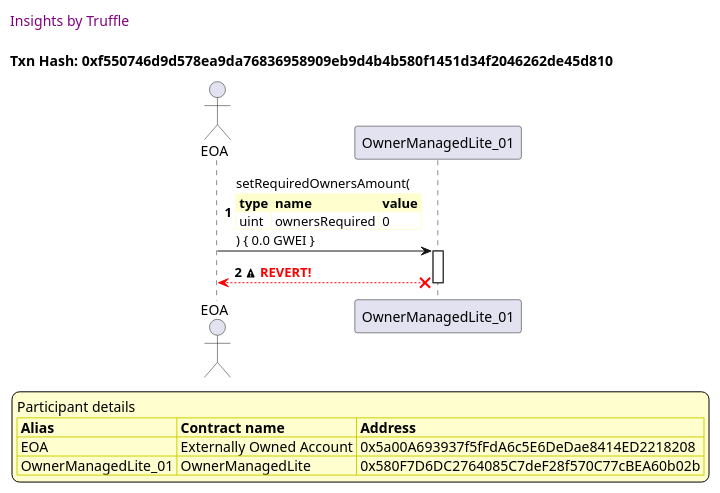
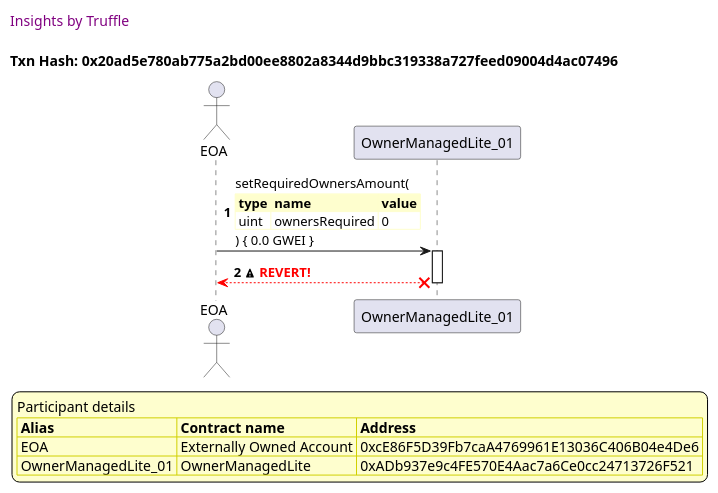
One commit to thedarkjester/ConsensysAssignment changed the ninth of 28 diagrams in truffle-seq/OwnerManagedLite_test_required_owners_amount.md. Above: the diagram before and after it, drawn with PlantUML. The commit also changed other lines of this file and 13 other files, not shown here.

````diff
--- a/truffle-seq/OwnerManagedLite_test_required_owners_amount.md
+++ b/truffle-seq/OwnerManagedLite_test_required_owners_amount.md
@@ -389,41 +389,41 @@
 ```plantuml
 
 
 @startuml
 
 autonumber
 skinparam legendBackgroundColor #FEFECE
 
 <style>
       header {
         HorizontalAlignment left
         FontColor purple
         FontSize 14
         Padding 10
       }
     </style>
 
 header Insights by Truffle
 
-title Txn Hash: 0xf550746d9d578ea9da76836958909eb9d4b4b580f1451d34f2046262de45d810
+title Txn Hash: 0x20ad5e780ab775a2bd00ee8802a8344d9bbc319338a727feed09004d4ac07496
 
 
 actor EOA as "EOA"
 participant OwnerManagedLite_01 as "OwnerManagedLite_01"
 
 "EOA" -> "OwnerManagedLite_01" ++: setRequiredOwnersAmount(\n\
 <#FEFECE,#FEFECE>|= type |= name |= value |\n\
 | uint | ownersRequired | 0 |\n\
 ) { 0.0 GWEI }
 "OwnerManagedLite_01" x-[#red]-> "EOA" --: <&warning> <color #red>**REVERT!**</color>
 deactivate "OwnerManagedLite_01"
 
 legend
 Participant details
 <#FEFECE,#D0D000>|= Alias |= Contract name |= Address |
-<#FEFECE>| EOA | Externally Owned Account | 0x5a00A693937f5fFdA6c5E6DeDae8414ED2218208 |
-<#FEFECE>| OwnerManagedLite_01 | OwnerManagedLite | 0x580F7D6DC2764085C7deF28f570C77cBEA60b02b |
+<#FEFECE>| EOA | Externally Owned Account | 0xcE86F5D39Fb7caA4769961E13036C406B04e4De6 |
+<#FEFECE>| OwnerManagedLite_01 | OwnerManagedLite | 0xADb937e9c4FE570E4Aac7a6Ce0cc24713726F521 |
 endlegend
 
 @enduml
 ```
````
